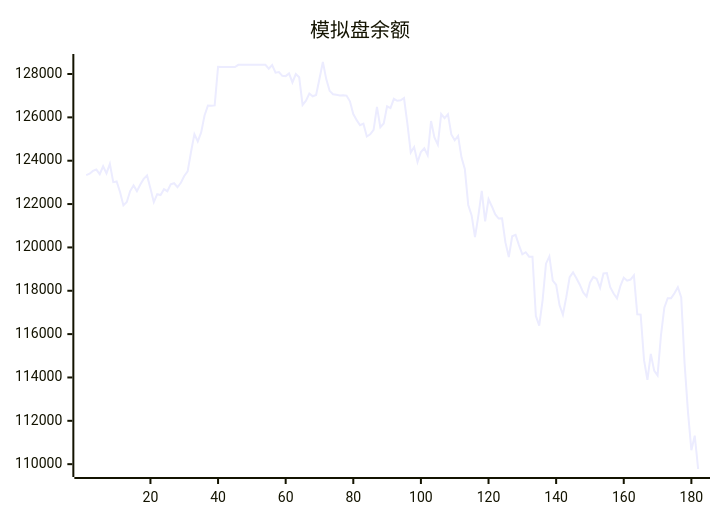
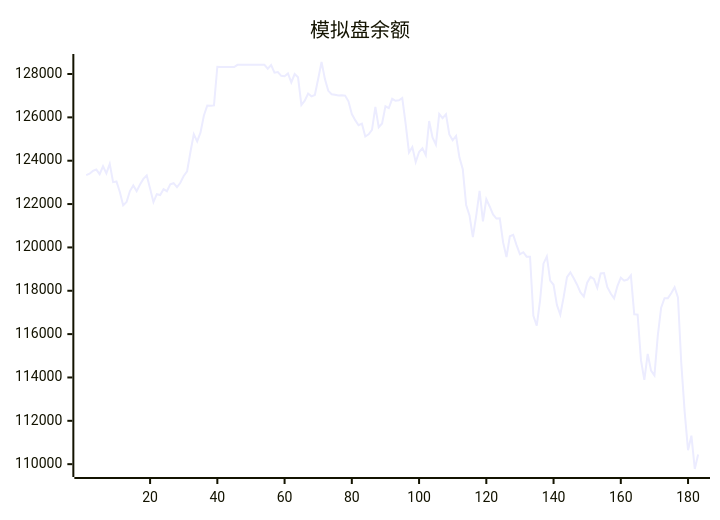
One commit to aahl/ai-trading changed the diagram in README.md. Above: the diagram before and after it, drawn with Mermaid. The commit also changed other lines of this file and 1 other file, not shown here.

````diff
--- a/README.md
+++ b/README.md
@@ -5,5 +5,5 @@
 ```mermaid
 xychart
     title "模拟盘余额"
-    line [123338,123402,123530,123592,123378,123745,123413,123853,123009,123040,122557,121938,122095,122599,122856,122597,122898,123160,123319,122719,122087,122454,122416,122685,122592,122907,122961,122776,122981,123295,123507,124403,125224,124894,125303,126088,126544,126534,126549,128335,128318,128318,128318,128318,128318,128424,128424,128424,128424,128424,128424,128424,128424,128424,128247,128412,128062,128087,127917,127901,128026,127611,128000,127850,126572,126770,127100,126971,127029,127783,128554,127765,127224,127064,127044,127009,127025,127004,126738,126152,125871,125635,125707,125117,125217,125420,126480,125545,125715,126511,126424,126856,126764,126788,126890,125710,124381,124632,123936,124402,124574,124256,125833,125070,124739,126154,125966,126145,125213,124943,125143,124157,123604,121959,121476,120476,121470,122610,121201,122221,121889,121522,121332,121344,120232,119559,120513,120577,120108,119680,119777,119572,119568,116839,116392,117573,119250,119585,118469,118277,117338,116897,117706,118628,118849,118579,118280,117926,117735,118373,118639,118544,118136,118798,118819,118162,117874,117649,118215,118601,118463,118517,118713,116911,116899,114798,113887,115084,114313,114091,115934,117221,117658,117658,117883,118164,117693,114632,112403,110644,111313,109777]
+    line [123338,123402,123530,123592,123378,123745,123413,123853,123009,123040,122557,121938,122095,122599,122856,122597,122898,123160,123319,122719,122087,122454,122416,122685,122592,122907,122961,122776,122981,123295,123507,124403,125224,124894,125303,126088,126544,126534,126549,128335,128318,128318,128318,128318,128318,128424,128424,128424,128424,128424,128424,128424,128424,128424,128247,128412,128062,128087,127917,127901,128026,127611,128000,127850,126572,126770,127100,126971,127029,127783,128554,127765,127224,127064,127044,127009,127025,127004,126738,126152,125871,125635,125707,125117,125217,125420,126480,125545,125715,126511,126424,126856,126764,126788,126890,125710,124381,124632,123936,124402,124574,124256,125833,125070,124739,126154,125966,126145,125213,124943,125143,124157,123604,121959,121476,120476,121470,122610,121201,122221,121889,121522,121332,121344,120232,119559,120513,120577,120108,119680,119777,119572,119568,116839,116392,117573,119250,119585,118469,118277,117338,116897,117706,118628,118849,118579,118280,117926,117735,118373,118639,118544,118136,118798,118819,118162,117874,117649,118215,118601,118463,118517,118713,116911,116899,114798,113887,115084,114313,114091,115934,117221,117658,117658,117883,118164,117693,114632,112403,110644,111313,109777,110444]
 ```
````
